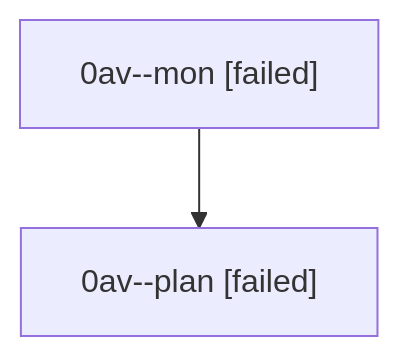
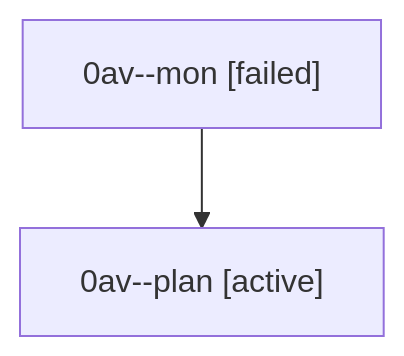
One commit to sase-org/sase--agents changed the diagram in families/bbugyi200.athena.0av.md. Above: the diagram before and after it, drawn with Mermaid. The commit also changed other lines of this file and 35830 other files, not shown here.

````diff
--- a/families/bbugyi200.athena.0av.md
+++ b/families/bbugyi200.athena.0av.md
@@ -9,6 +9,6 @@
 ```mermaid
 flowchart TD
   n0["0av--mon [failed]"]
-  n1["0av--plan [failed]"]
+  n1["0av--plan [active]"]
   n0 --> n1
 ```
````
